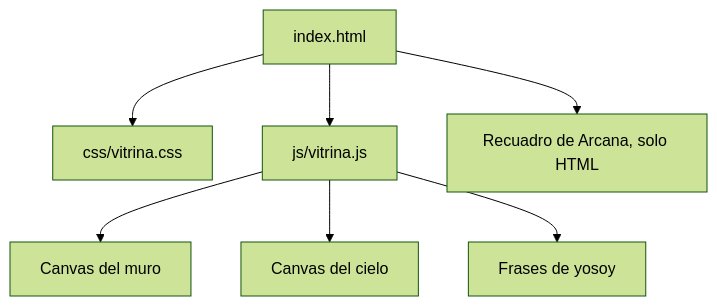
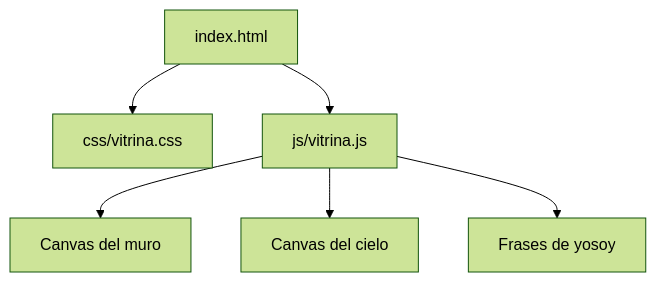
One commit to FernandoLizana/code-art-showcase changed the third of 6 diagrams in README.md. Above: the diagram before and after it, drawn with Mermaid (forest theme). The commit also changed other lines of this file and 148 other files, not shown here.

````diff
--- a/README.md
+++ b/README.md
@@ -111,12 +107,11 @@
 ```mermaid
 flowchart TB
   html[index.html]
   css[css/vitrina.css]
   js[js/vitrina.js]
   html --> css
   html --> js
   js --> muro[Canvas del muro]
   js --> cielo[Canvas del cielo]
   js --> frases[Frases de yosoy]
-  html --> arcana[Recuadro de Arcana, solo HTML]
 ```
````
